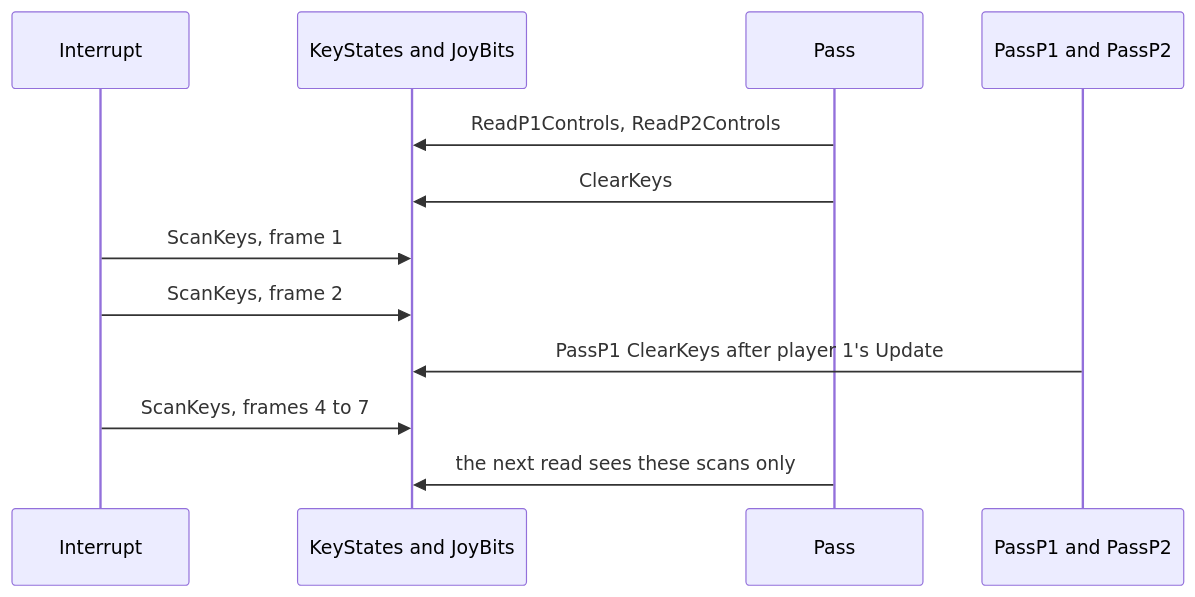
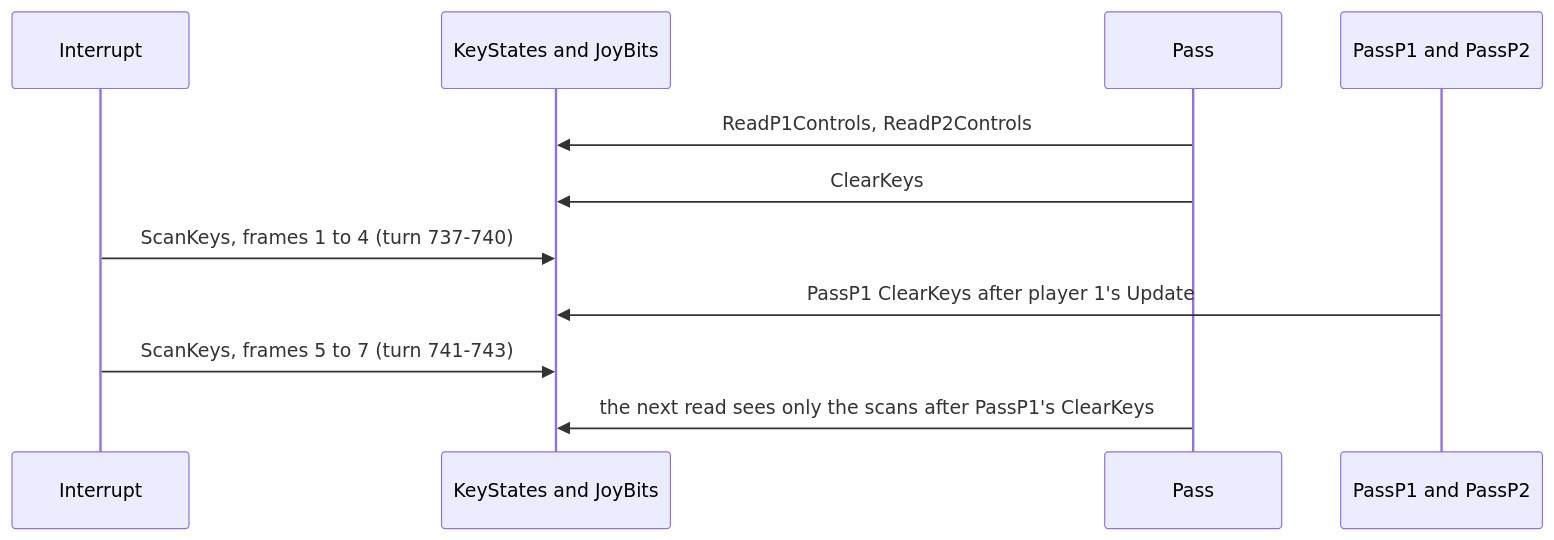
The second of 12 diagrams in games/atv-simulator/docs/05-controls.md (alfishe/unrealng-reverse-cases), drawn with Mermaid before and after one commit. The commit also changed other lines of this file and 32 other files, not shown here.

````diff
--- a/games/atv-simulator/docs/05-controls.md
+++ b/games/atv-simulator/docs/05-controls.md
@@ -199,14 +199,13 @@
 ```mermaid
 sequenceDiagram
     participant I as Interrupt
     participant K as KeyStates and JoyBits
     participant P as Pass
     participant U as PassP1 and PassP2
     P->>K: ReadP1Controls, ReadP2Controls
     P->>K: ClearKeys
-    I->>K: ScanKeys, frame 1
-    I->>K: ScanKeys, frame 2
+    I->>K: ScanKeys, frames 1 to 4 (turn 737-740)
     U->>K: PassP1 ClearKeys after player 1's Update
-    I->>K: ScanKeys, frames 4 to 7
-    P->>K: the next read sees these scans only
+    I->>K: ScanKeys, frames 5 to 7 (turn 741-743)
+    P->>K: the next read sees only the scans after PassP1's ClearKeys
 ```
````
